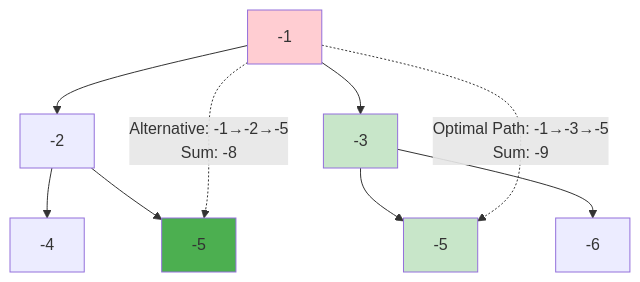
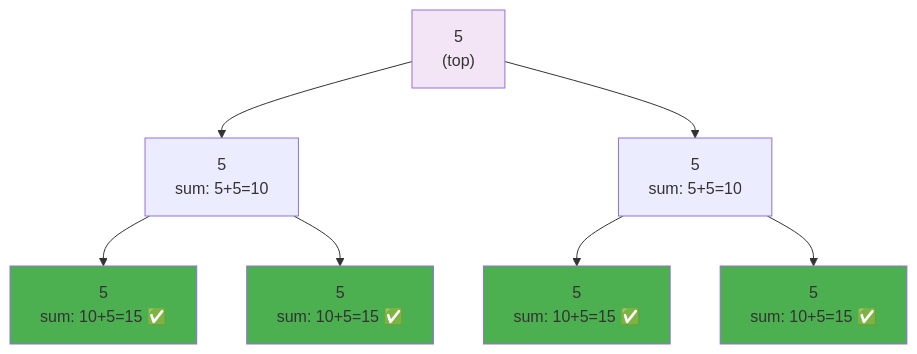
Before and after one commit to LuckyLongre123/DSA_CPP: the sixth of 18 diagrams in Day_042/README.md, drawn with Mermaid. The commit also changed other lines of this file and 22 other files, not shown here.

````diff
--- a/Day_042/README.md
+++ b/Day_042/README.md
@@ -149,18 +197,15 @@
 ```mermaid
 flowchart TD
-    A[-1] --> B[-2]
-    A --> C[-3]
-    B --> D[-4]
-    B --> E[-5]
-    C --> F[-5]
-    C --> G[-6]
+    A["5<br/>(top)"] --> B["5<br/>sum: 5+5=10"]
+    A --> C["5<br/>sum: 5+5=10"]
+    B --> D["5<br/>sum: 10+5=15 ✅"]
+    B --> E["5<br/>sum: 10+5=15 ✅"]
+    C --> E2["5<br/>sum: 10+5=15 ✅"]
+    C --> F["5<br/>sum: 10+5=15 ✅"]
     
-    style A fill:#ffcdd2
-    style C fill:#c8e6c9
-    style F fill:#c8e6c9
-    
-    A -.->|"Optimal Path: -1→-3→-5<br/>Sum: -9"| F
-    A -.->|"Alternative: -1→-2→-5<br/>Sum: -8"| E
-    
+    style A fill:#f3e5f5
+    style D fill:#4caf50
     style E fill:#4caf50
+    style E2 fill:#4caf50
+    style F fill:#4caf50
 ```
````
